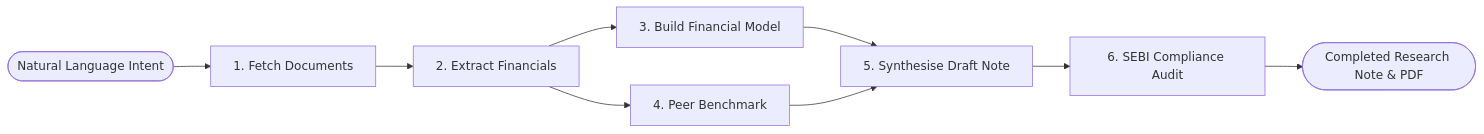
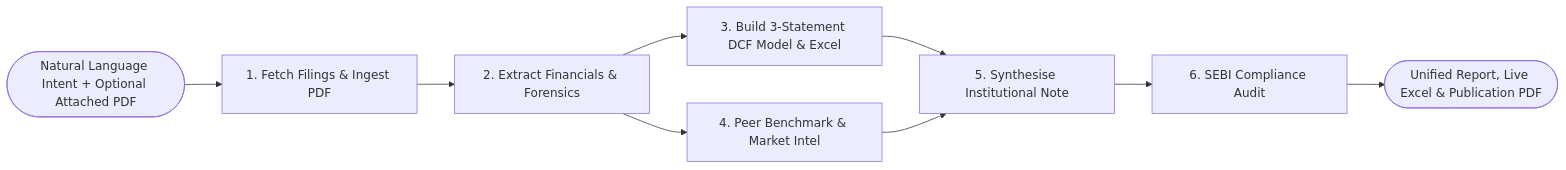
Before and after one commit to Pallavikumarimdb/EquiGen: the second of 5 diagrams in Architecture.md, drawn with Mermaid. The commit also changed other lines of this file and 2 other files, not shown here.

First line of the commit message:
docs: update Readme and Architecture DOCS after MODE merger (#24)

````diff
--- a/Architecture.md
+++ b/Architecture.md
@@ -80,11 +89,11 @@
 ```mermaid
 flowchart LR
-    Goal([Natural Language Intent]) --> M1[1. Fetch Documents]
-    M1 --> M2[2. Extract Financials]
-    M2 --> M3[3. Build Financial Model]
-    M2 --> M4[4. Peer Benchmark]
-    M3 --> M5[5. Synthesise Draft Note]
+    Goal([Natural Language Intent + Optional Attached PDF]) --> M1[1. Fetch Filings & Ingest PDF]
+    M1 --> M2[2. Extract Financials & Forensics]
+    M2 --> M3[3. Build 3-Statement DCF Model & Excel]
+    M2 --> M4[4. Peer Benchmark & Market Intel]
+    M3 --> M5[5. Synthesise Institutional Note]
     M4 --> M5
     M5 --> M6[6. SEBI Compliance Audit]
-    M6 --> Done([Completed Research Note & PDF])
+    M6 --> Done([Unified Report, Live Excel & Publication PDF])
 ```
````
